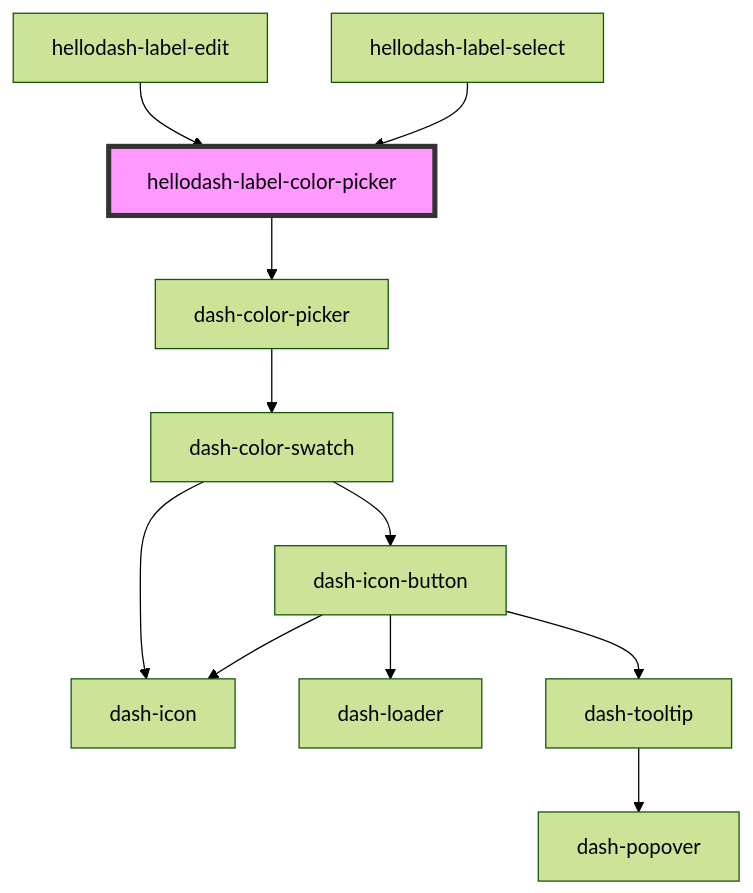
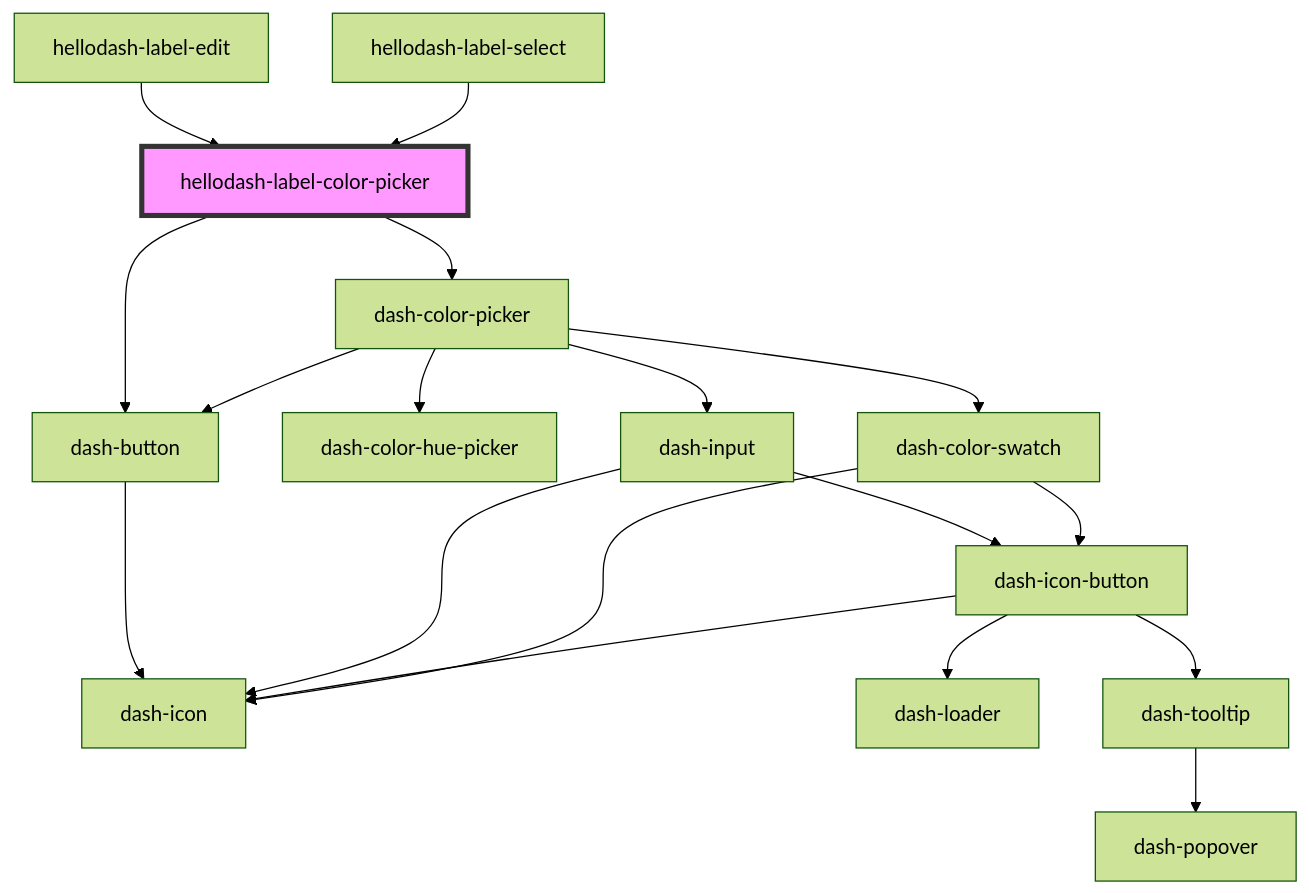
Before and after one commit to jmanke/dash: the diagram in packages/hellodash-components/src/components/hellodash-label-color-picker/readme.md, drawn with Mermaid (forest theme). The commit also changed other lines of this file and 35 other files, not shown here.

````diff
--- a/packages/hellodash-components/src/components/hellodash-label-color-picker/readme.md
+++ b/packages/hellodash-components/src/components/hellodash-label-color-picker/readme.md
@@ -34,14 +35,21 @@
 ```mermaid
 graph TD;
   hellodash-label-color-picker --> dash-color-picker
+  hellodash-label-color-picker --> dash-button
+  dash-color-picker --> dash-color-hue-picker
+  dash-color-picker --> dash-button
+  dash-color-picker --> dash-input
   dash-color-picker --> dash-color-swatch
-  dash-color-swatch --> dash-icon-button
-  dash-color-swatch --> dash-icon
+  dash-button --> dash-icon
+  dash-input --> dash-icon
+  dash-input --> dash-icon-button
   dash-icon-button --> dash-icon
   dash-icon-button --> dash-loader
   dash-icon-button --> dash-tooltip
   dash-tooltip --> dash-popover
+  dash-color-swatch --> dash-icon-button
+  dash-color-swatch --> dash-icon
   hellodash-label-edit --> hellodash-label-color-picker
   hellodash-label-select --> hellodash-label-color-picker
   style hellodash-label-color-picker fill:#f9f,stroke:#333,stroke-width:4px
 ```
````
